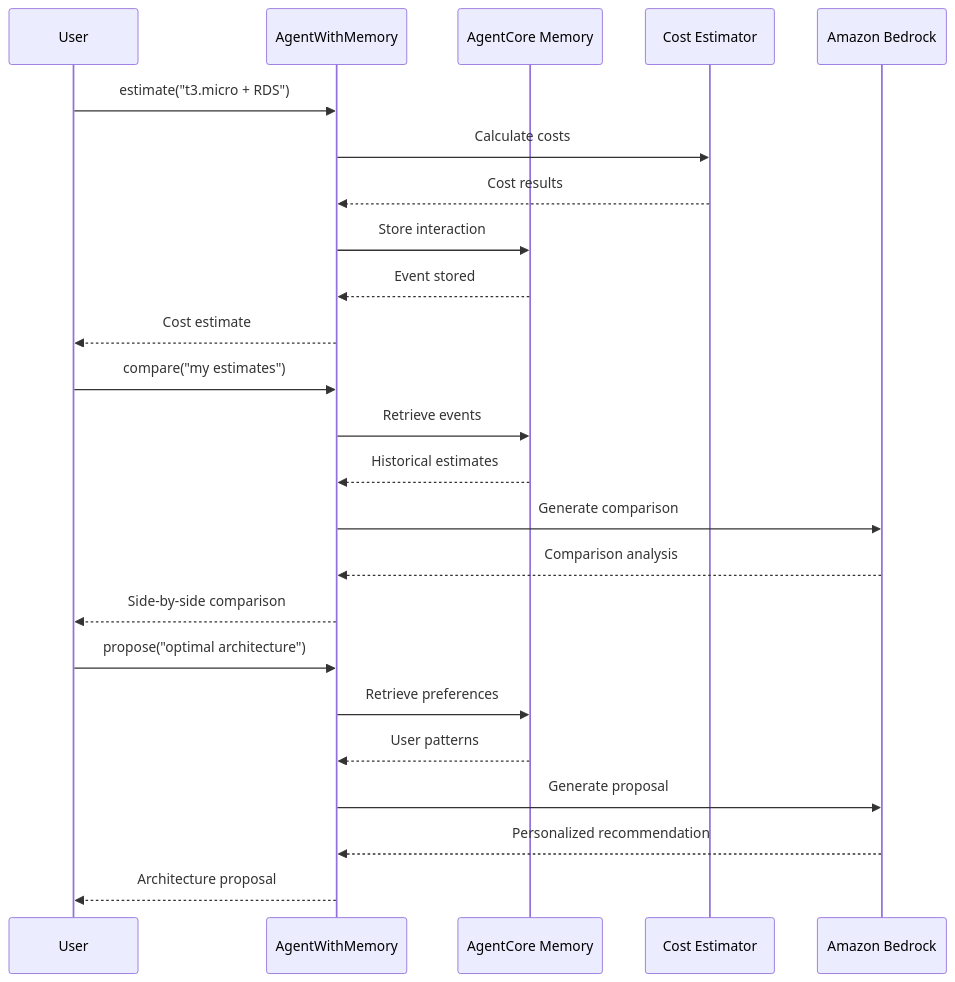
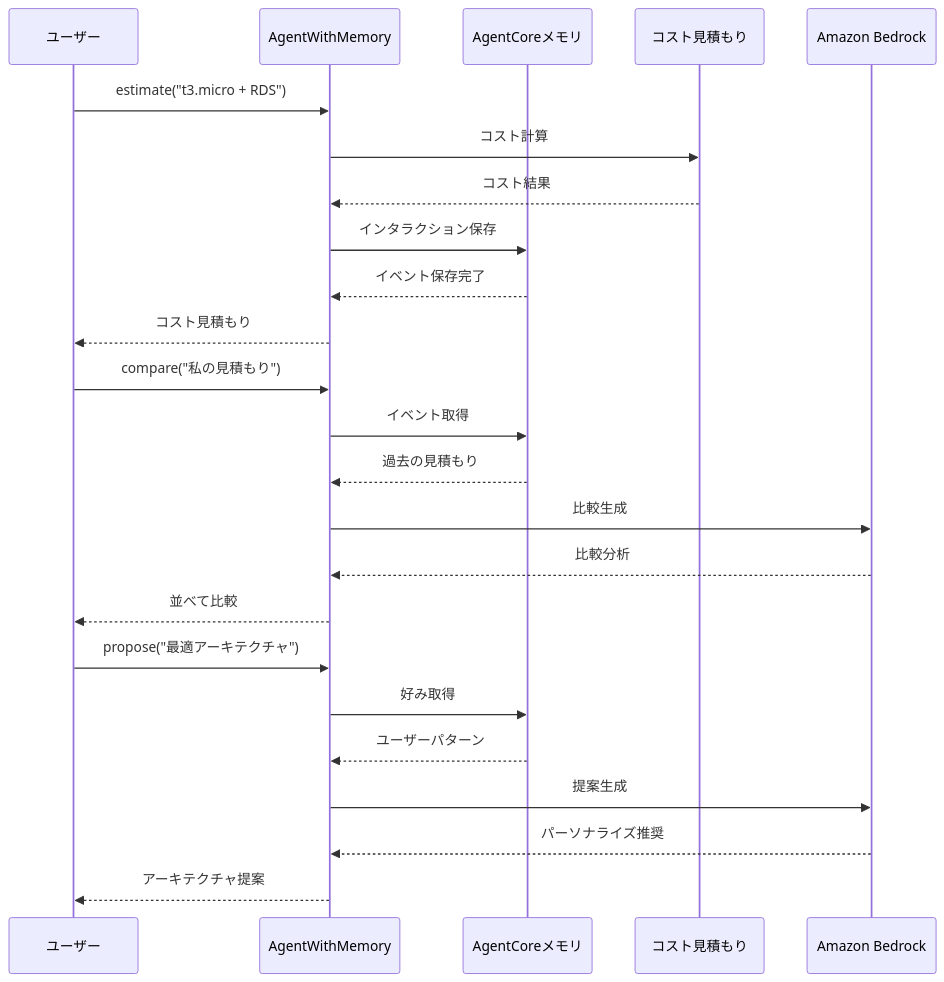
Before and after one commit to tetsuo-nobe/sample-amazon-bedrock-agentcore-onboarding-jp: the diagram in 06_memory/README.md, drawn with Mermaid. The commit also changed other lines of this file and 1 other file, not shown here.

````diff
--- a/06_memory/README.md
+++ b/06_memory/README.md
@@ -9,29 +9,29 @@
 ```mermaid
 sequenceDiagram
-    participant User as User
+    participant User as ユーザー
     participant Agent as AgentWithMemory
-    participant Memory as AgentCore Memory
-    participant Estimator as Cost Estimator
+    participant Memory as AgentCoreメモリ
+    participant Estimator as コスト見積もり
     participant Bedrock as Amazon Bedrock
 
     User->>Agent: estimate("t3.micro + RDS")
-    Agent->>Estimator: Calculate costs
-    Estimator-->>Agent: Cost results
-    Agent->>Memory: Store interaction
-    Memory-->>Agent: Event stored
-    Agent-->>User: Cost estimate
+    Agent->>Estimator: コスト計算
+    Estimator-->>Agent: コスト結果
+    Agent->>Memory: インタラクション保存
+    Memory-->>Agent: イベント保存完了
+    Agent-->>User: コスト見積もり
 
-    User->>Agent: compare("my estimates")
-    Agent->>Memory: Retrieve events
-    Memory-->>Agent: Historical estimates
-    Agent->>Bedrock: Generate comparison
-    Bedrock-->>Agent: Comparison analysis
-    Agent-->>User: Side-by-side comparison
+    User->>Agent: compare("私の見積もり")
+    Agent->>Memory: イベント取得
+    Memory-->>Agent: 過去の見積もり
+    Agent->>Bedrock: 比較生成
+    Bedrock-->>Agent: 比較分析
+    Agent-->>User: 並べて比較
 
-    User->>Agent: propose("optimal architecture")
-    Agent->>Memory: Retrieve preferences
-    Memory-->>Agent: User patterns
-    Agent->>Bedrock: Generate proposal
-    Bedrock-->>Agent: Personalized recommendation
-    Agent-->>User: Architecture proposal
+    User->>Agent: propose("最適アーキテクチャ")
+    Agent->>Memory: 好み取得
+    Memory-->>Agent: ユーザーパターン
+    Agent->>Bedrock: 提案生成
+    Bedrock-->>Agent: パーソナライズ推奨
+    Agent-->>User: アーキテクチャ提案
 ```
````
